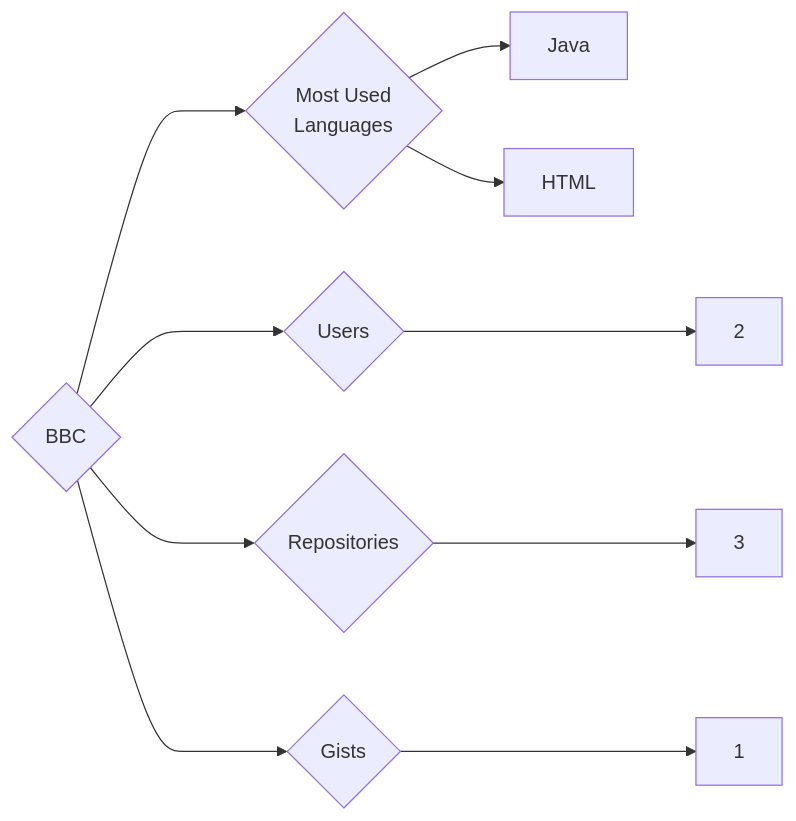
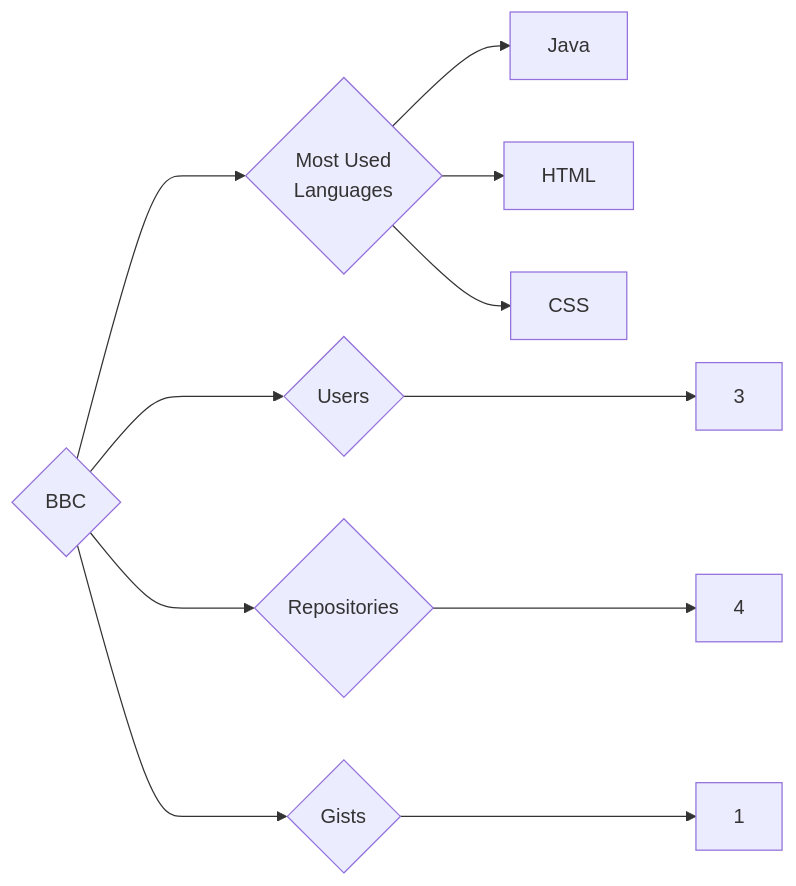
One commit to trickest/insiders changed the diagram in targets/BBC/README.md. Above: the diagram before and after it, drawn with Mermaid. The commit also changed 1088 other files, not shown here.

````diff
--- a/targets/BBC/README.md
+++ b/targets/BBC/README.md
@@ -3,10 +3,11 @@
 ```mermaid
 graph LR
 COMPANY_NAME{BBC}
-COMPANY_NAME ---> U{Users} ---> UN[2]
-COMPANY_NAME ---> R{Repositories} ---> RN[3]
+COMPANY_NAME ---> U{Users} ---> UN[3]
+COMPANY_NAME ---> R{Repositories} ---> RN[4]
 COMPANY_NAME ---> G{Gists} ---> GN[1]
 COMPANY_NAME ---> ML{Most Used<br>Languages}
 ML --> Java[Java]
 ML --> HTML[HTML]
+ML --> CSS[CSS]
 ```
````
